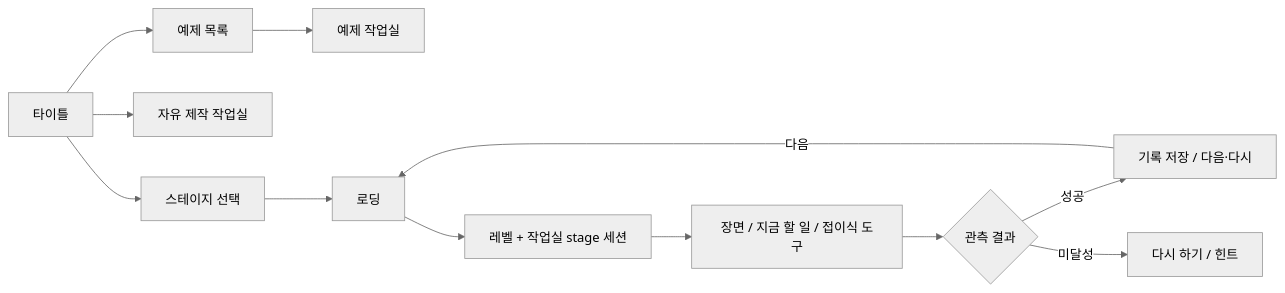
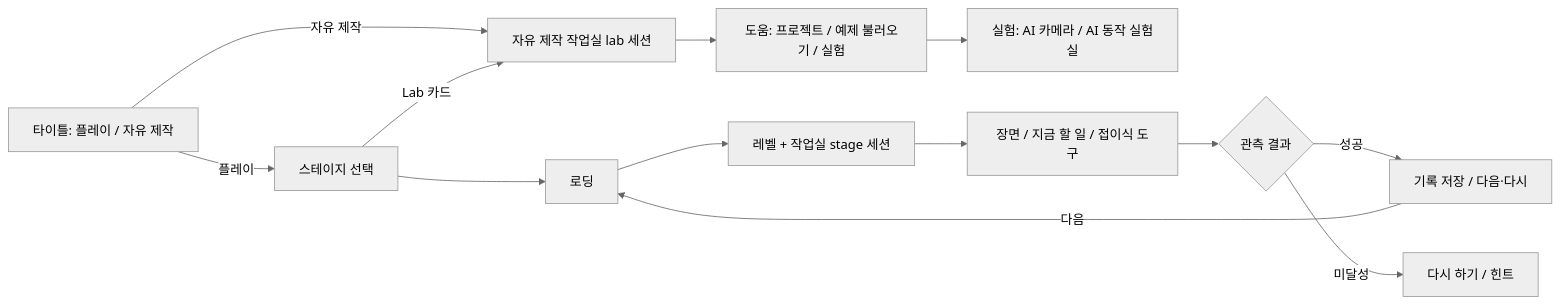
One commit to Bum-Boo/ssok changed the third of 5 diagrams in docs/FLOWS.md. Above: the diagram before and after it, drawn with Mermaid (neutral theme). The commit also changed other lines of this file and 18 other files, not shown here.

````diff
--- a/docs/FLOWS.md
+++ b/docs/FLOWS.md
@@ -156,12 +156,14 @@
 ```mermaid
 flowchart LR
-    Title[타이틀] --> Select[스테이지 선택]
-    Title --> Lab[자유 제작 작업실]
-    Title --> Examples[예제 목록] --> Example[예제 작업실]
+    Title[타이틀: 플레이 / 자유 제작] -->|플레이| Select[스테이지 선택]
+    Title -->|자유 제작| Lab[자유 제작 작업실 lab 세션]
+    Select -->|Lab 카드| Lab
+    Lab --> Help[도움: 프로젝트 / 예제 불러오기 / 실험]
+    Help --> Experiments[실험: AI 카메라 / AI 동작 실험실]
     Select --> Loading[로딩] --> Stage[레벨 + 작업실 stage 세션]
     Stage --> Play[장면 / 지금 할 일 / 접이식 도구]
     Play --> Result{관측 결과}
     Result -->|성공| Clear[기록 저장 / 다음·다시]
     Result -->|미달성| Retry[다시 하기 / 힌트]
     Clear -->|다음| Loading
 ```
````
